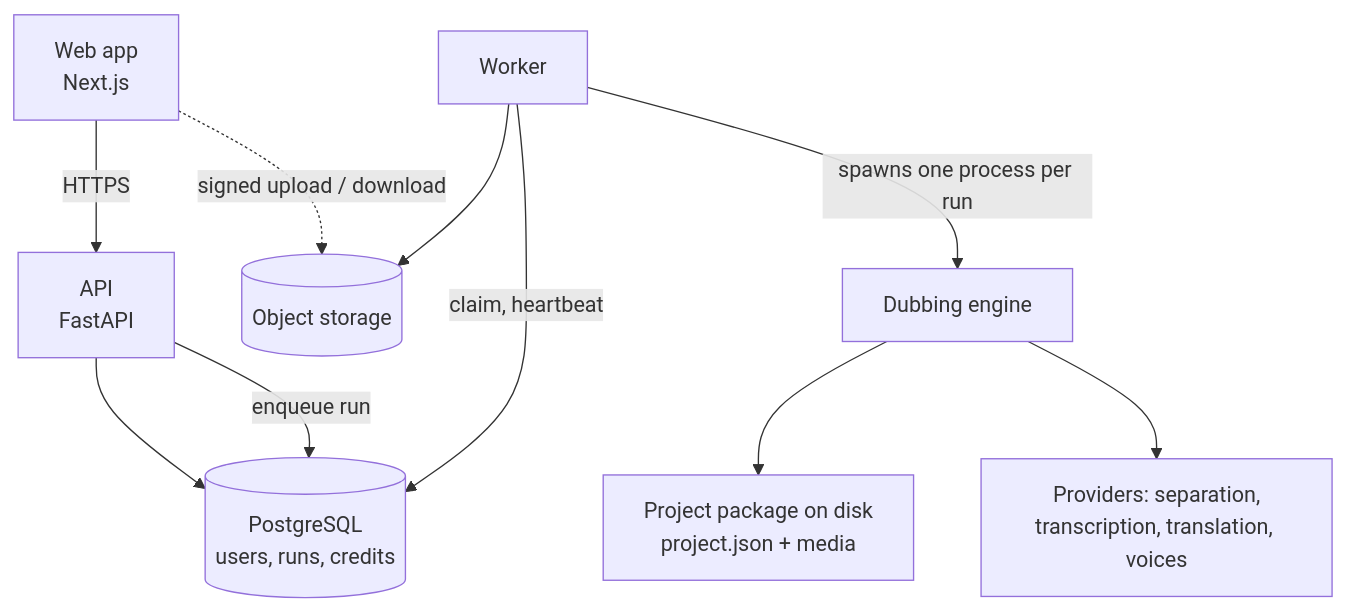
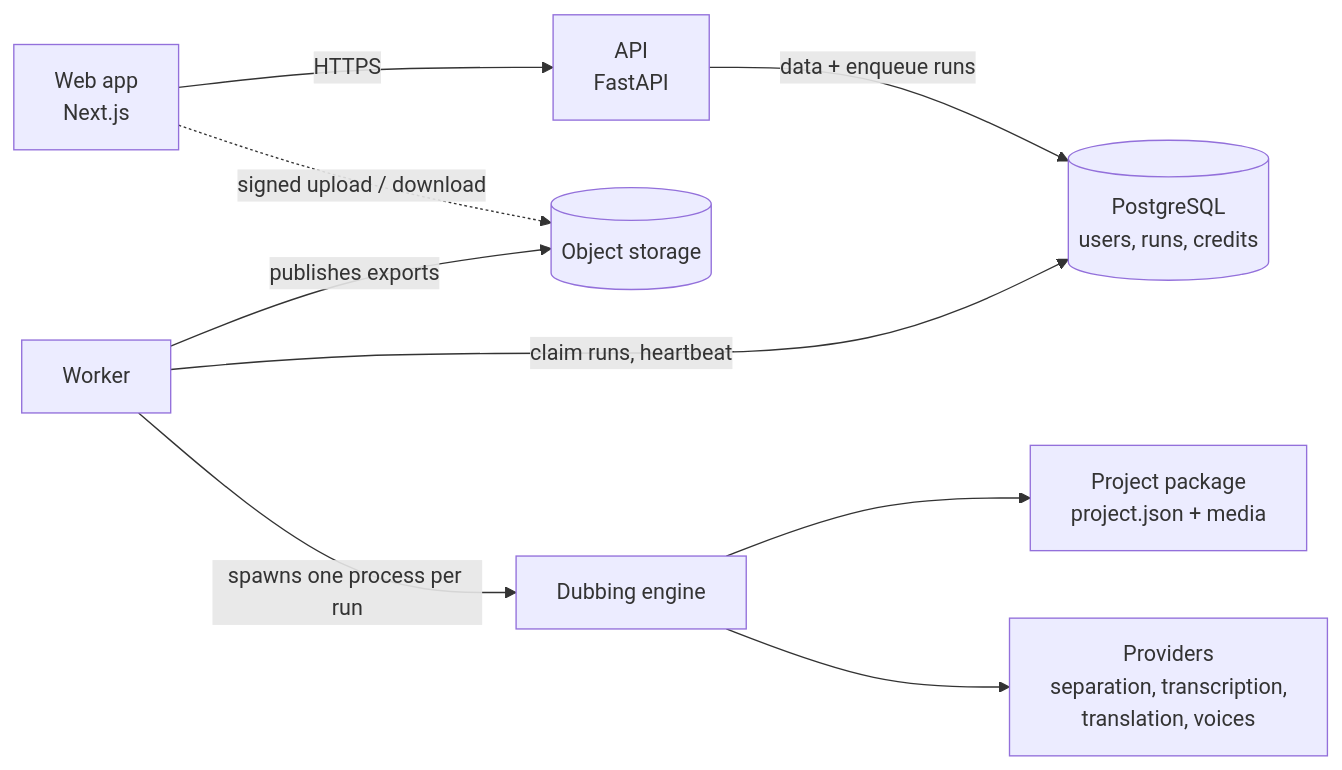
The diagram in docs/architecture.md (bulgadev/dubbline), drawn with Mermaid before and after one commit.

Commit message:
Simplify architecture diagram

````diff
--- a/docs/architecture.md
+++ b/docs/architecture.md
@@ -9,12 +9,11 @@
 ```mermaid
-flowchart TB
+flowchart LR
     W["Web app<br/>Next.js"] -->|HTTPS| A["API<br/>FastAPI"]
-    A --> DB[("PostgreSQL<br/>users, runs, credits")]
-    A -->|enqueue run| DB
-    W -. signed upload / download .-> O[("Object storage")]
-    K["Worker"] -->|claim, heartbeat| DB
-    K -->|spawns one process per run| E["Dubbing engine"]
-    E --> P["Project package on disk<br/>project.json + media"]
-    E --> X["Providers: separation,<br/>transcription, translation, voices"]
-    K --> O
+    A -->|"data + enqueue runs"| DB[("PostgreSQL<br/>users, runs, credits")]
+    W -. "signed upload / download" .-> O[("Object storage")]
+    K["Worker"] -->|"claim runs, heartbeat"| DB
+    K -->|"spawns one process per run"| E["Dubbing engine"]
+    E --> P["Project package<br/>project.json + media"]
+    E --> X["Providers<br/>separation, transcription,<br/>translation, voices"]
+    K -->|"publishes exports"| O
 ```
````
